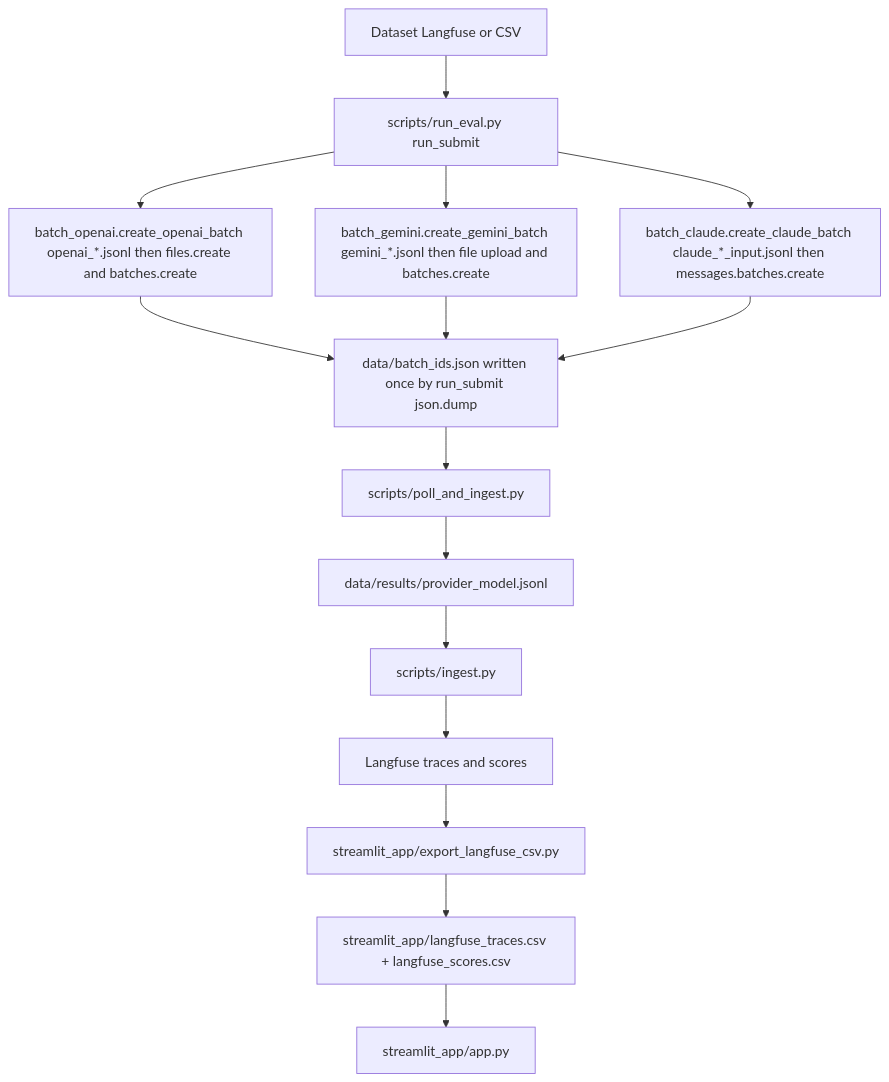
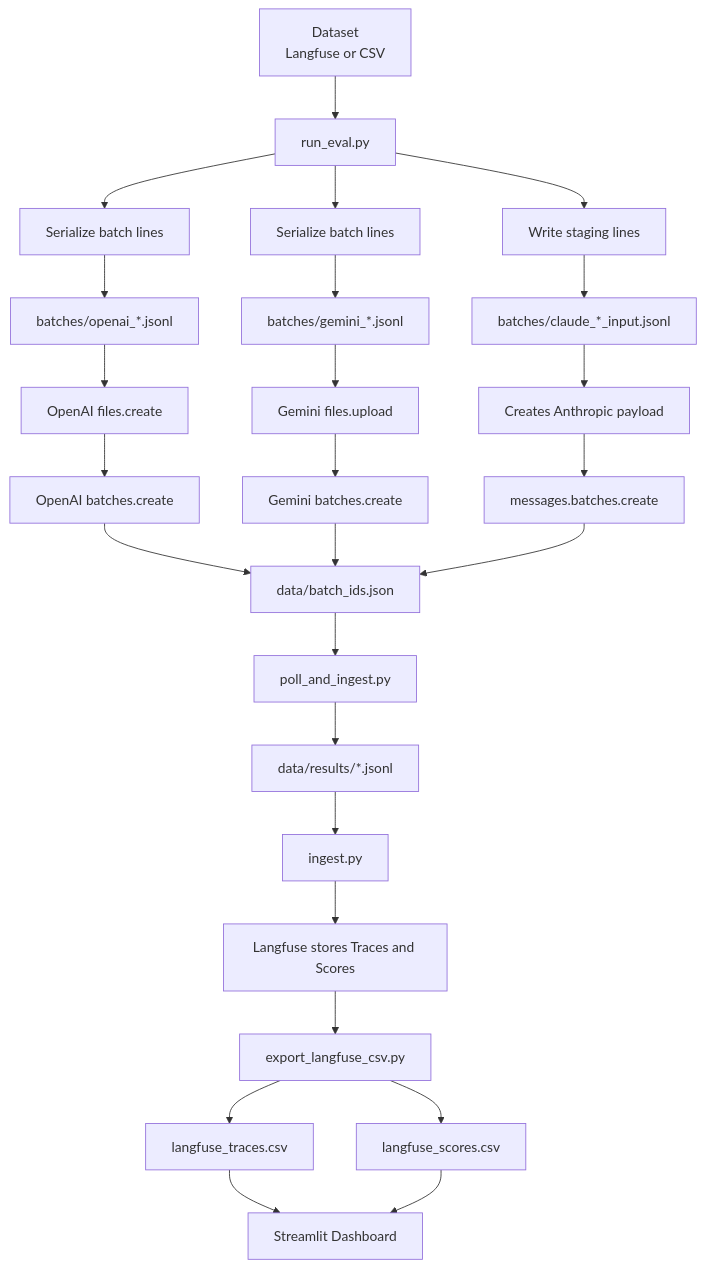
One commit to GeorgiiBurdinComo/llm-batch-eval changed the diagram in README.md. Above: the diagram before and after it, drawn with Mermaid. The commit also changed other lines of this file and 8 other files, not shown here.

````diff
--- a/README.md
+++ b/README.md
@@ -54,31 +14,41 @@
 ```mermaid
 flowchart TB
-    ds["Dataset Langfuse or CSV"]
-    rs["scripts/run_eval.py run_submit"]
-    oai["batch_openai.create_openai_batch openai_*.jsonl then files.create and batches.create"]
-    gem["batch_gemini.create_gemini_batch gemini_*.jsonl then file upload and batches.create"]
-    cla["batch_claude.create_claude_batch claude_*_input.jsonl then messages.batches.create"]
-    bid["data/batch_ids.json written once by run_submit json.dump"]
-    pie["scripts/poll_and_ingest.py"]
-    res["data/results/provider_model.jsonl"]
-    ing["scripts/ingest.py"]
-    lf["Langfuse traces and scores"]
-    exp["streamlit_app/export_langfuse_csv.py"]
-    csv["streamlit_app/langfuse_traces.csv + langfuse_scores.csv"]
-    app["streamlit_app/app.py"]
+    ds["Dataset\nLangfuse or CSV"]
+    rs["run_eval.py"]
+
+    oai_jsonl["Serialize batch lines"]
+    oai_file["batches/openai_*.jsonl"]
+    oai_upload["OpenAI files.create"]
+    oai_batch["OpenAI batches.create"]
+
+    gem_jsonl["Serialize batch lines"]
+    gem_file["batches/gemini_*.jsonl"]
+    gem_upload["Gemini files.upload"]
+    gem_batch["Gemini batches.create"]
+
+    cla_jsonl["Write staging lines"]
+    cla_file["batches/claude_*_input.jsonl"]
+    cla_build["Creates Anthropic payload"]
+    cla_batch["messages.batches.create"]
+
+    bid["data/batch_ids.json"]
+    pie["poll_and_ingest.py"]
+    res["data/results/*.jsonl"]
+    ing["ingest.py"]
+    lf["Langfuse stores Traces and Scores"]
+    exp["export_langfuse_csv.py"]
+    traces_csv["langfuse_traces.csv"]
+    scores_csv["langfuse_scores.csv"]
+    app["Streamlit Dashboard"]
 
     ds --> rs
-    rs --> oai
-    rs --> gem
-    rs --> cla
-    oai --> bid
-    gem --> bid
-    cla --> bid
-    bid --> pie
-    pie --> res
-    res --> ing
-    ing --> lf
+
+    rs --> oai_jsonl --> oai_file --> oai_upload --> oai_batch --> bid
+    rs --> gem_jsonl --> gem_file --> gem_upload --> gem_batch --> bid
+    rs --> cla_jsonl --> cla_file --> cla_build --> cla_batch --> bid
+
+    bid --> pie --> res --> ing --> lf
     lf --> exp
-    exp --> csv
-    csv --> app
+    exp --> traces_csv --> app
+    exp --> scores_csv --> app
 ```
````
